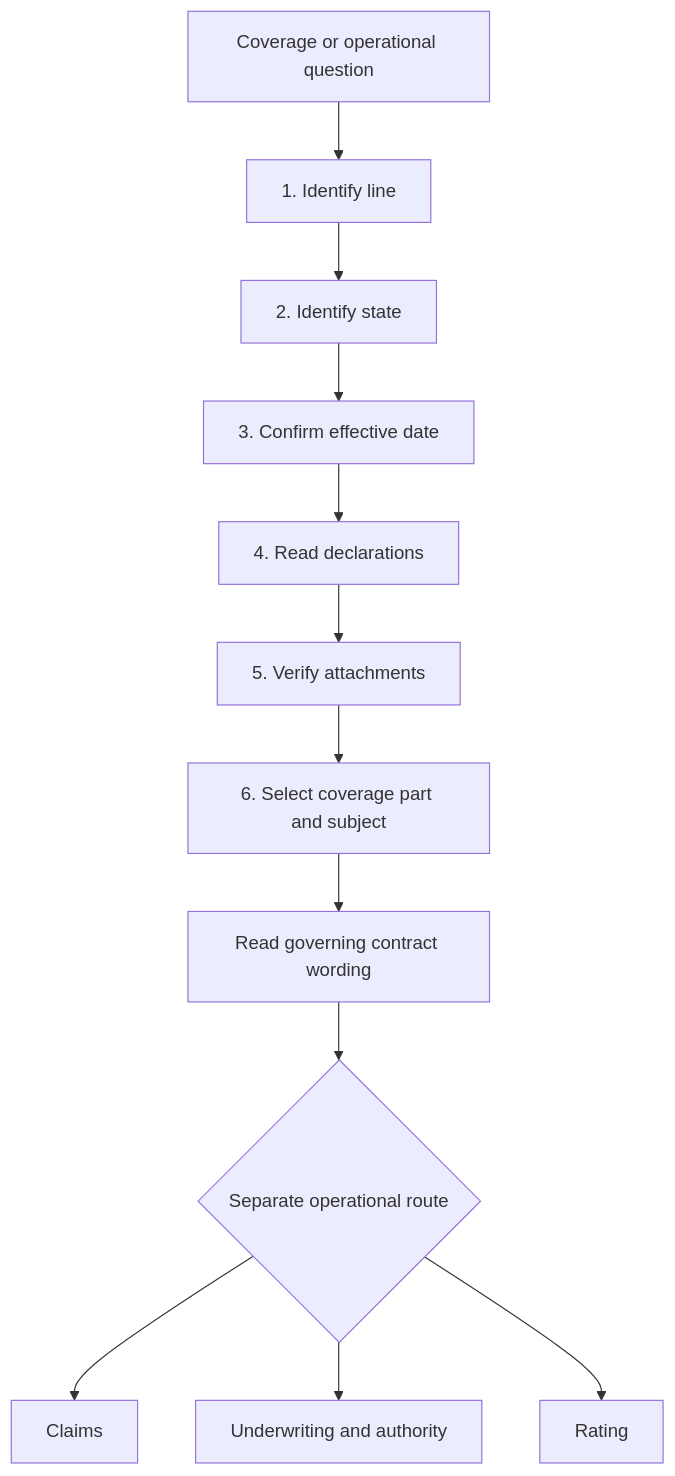
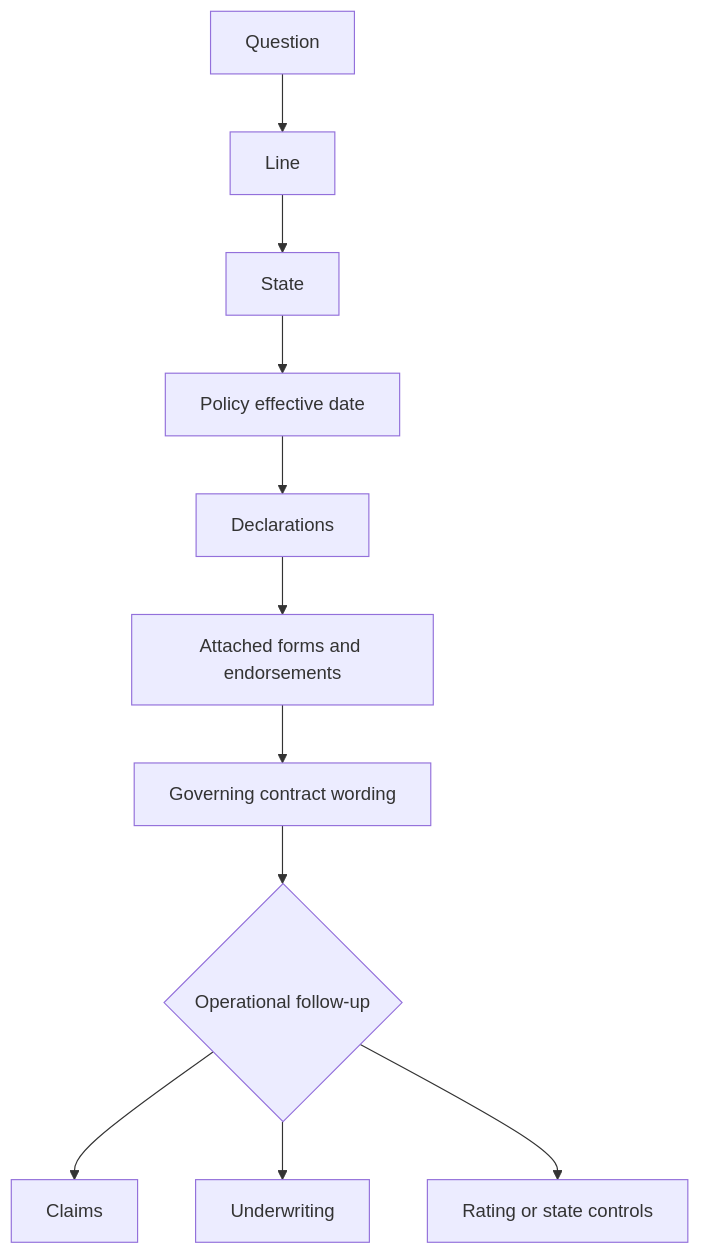
Before and after one commit to langchain-samples/openwiki-insurance-corpus: the diagram in openwiki/quickstart.md, drawn with Mermaid. The commit also changed other lines of this file and 78 other files, not shown here.

````diff
--- a/openwiki/quickstart.md
+++ b/openwiki/quickstart.md
@@ -81,14 +77,13 @@
 ```mermaid
 flowchart TD
-    question["Coverage or operational question"] --> line["1. Identify line"]
-    line --> state["2. Identify state"]
-    state --> date["3. Confirm effective date"]
-    date --> declarations["4. Read declarations"]
-    declarations --> attachments["5. Verify attachments"]
-    attachments --> subject["6. Select coverage part and subject"]
-    subject --> contract["Read governing contract wording"]
-    contract --> branch{"Separate operational route"}
-    branch --> claimroute["Claims"]
-    branch --> uwroute["Underwriting and authority"]
-    branch --> ratingroute["Rating"]
+    Q["Question"] --> L["Line"]
+    L --> S["State"]
+    S --> D["Policy effective date"]
+    D --> R["Declarations"]
+    R --> A["Attached forms and endorsements"]
+    A --> C["Governing contract wording"]
+    C --> X{"Operational follow-up"}
+    X --> CL["Claims"]
+    X --> UW["Underwriting"]
+    X --> RT["Rating or state controls"]
 ```
````
